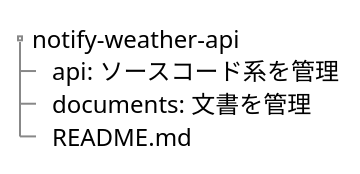
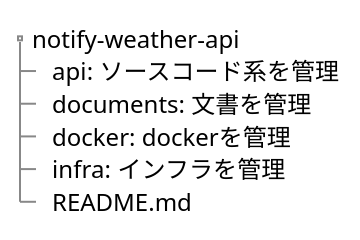
One commit to higher68/notify-weather-api changed the diagram in README.md. Above: the diagram before and after it, drawn with PlantUML.

Commit message:
refs5 指摘修正2

````diff
--- a/README.md
+++ b/README.md
@@ -9,13 +9,15 @@
 ```plantuml
 @startsalt
 {
     {T
     notify-weather-api
     + api: ソースコード系を管理
     + documents: 文書を管理
+    + docker: dockerを管理
+    + infra: インフラを管理
     + README.md
     }
 }
 
 @endsalt
 ```
````
